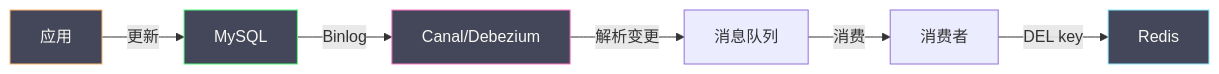
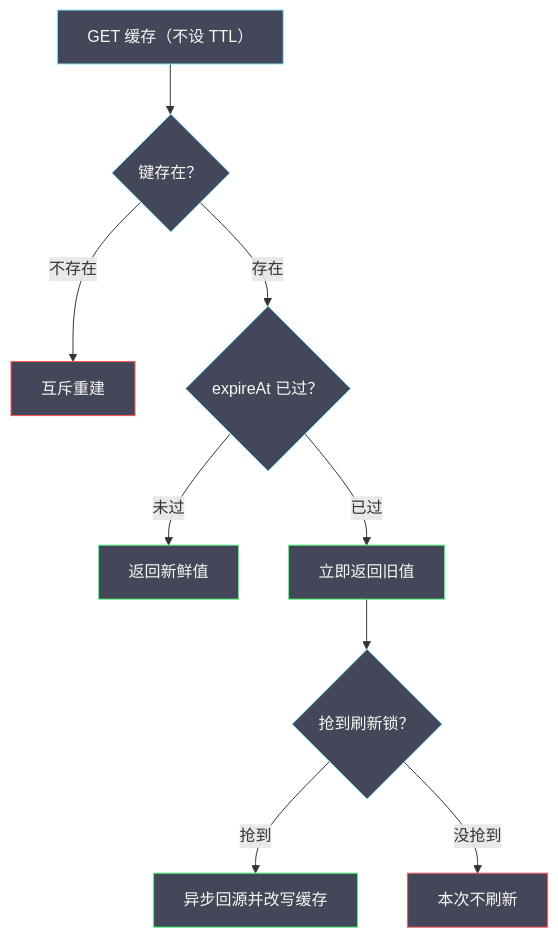
One commit to hpliStartAgain/my-brain changed the seventh of 7 diagrams in content/中间件/Redis/Redis进阶教程/04 缓存设计模式与一致性问题.md. Above: the diagram before and after it, drawn with Mermaid. The commit also changed other lines of this file and 455 other files, not shown here.

````diff
--- a/content/中间件/Redis/Redis进阶教程/04 缓存设计模式与一致性问题.md
+++ b/content/中间件/Redis/Redis进阶教程/04 缓存设计模式与一致性问题.md
@@ -455,20 +485,19 @@
 ```mermaid
 %%{init: {'theme': 'dracula'}}%%
-graph LR
-    APP["应用"] -->|"更新"| DB["MySQL"]
-    DB -->|"Binlog"| CANAL["Canal/Debezium"]
-    CANAL -->|"解析变更"| MQ["消息队列"]
-    MQ -->|"消费"| WORKER["消费者"]
-    WORKER -->|"DEL key"| CACHE["Redis"]
+graph TD
+    G["GET 缓存（不设 TTL）"] --> HAS{"键存在？"}
+    HAS -->|"不存在"| MISS["互斥重建"]
+    HAS -->|"存在"| EXP{"expireAt 已过？"}
+    EXP -->|"未过"| NEW["返回新鲜值"]
+    EXP -->|"已过"| OLD["立即返回旧值"]
+    OLD --> LOCK{"抢到刷新锁？"}
+    LOCK -->|"抢到"| REFRESH["异步回源并改写缓存"]
+    LOCK -->|"没抢到"| SKIP["本次不刷新"]
 
-    classDef app fill:#44475a,stroke:#ffb86c,color:#f8f8f2
-    classDef db fill:#44475a,stroke:#50fa7b,color:#f8f8f2
-    classDef canal fill:#44475a,stroke:#ff79c6,color:#f8f8f2
-    classDef cache fill:#44475a,stroke:#8be9fd,color:#f8f8f2
-
-    class APP app
-    class DB db
-    class CANAL canal
-    class MQ,WORKER mq
-    class CACHE cache
+    classDef q fill:#44475a,stroke:#8be9fd,color:#f8f8f2
+    classDef ok fill:#44475a,stroke:#50fa7b,color:#f8f8f2
+    classDef risk fill:#44475a,stroke:#ff5555,color:#f8f8f2
+    class G,HAS,EXP,LOCK q
+    class NEW,OLD,REFRESH ok
+    class MISS,SKIP risk
 ```
````
